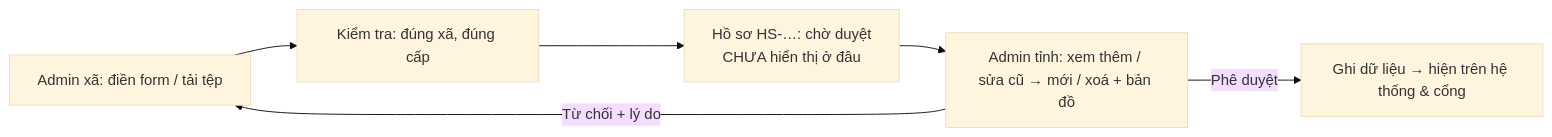
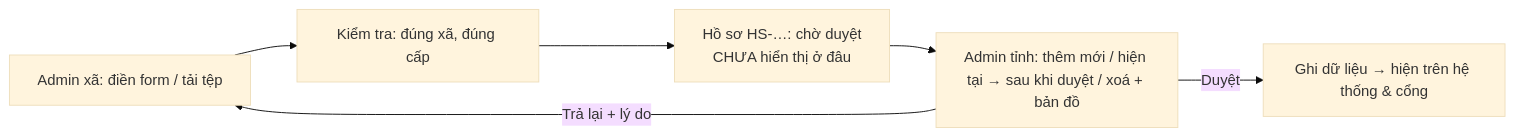
One commit to hoang-hg/caobang-pctt changed the first of 6 diagrams in README.md. Above: the diagram before and after it, drawn with Mermaid (base theme). The commit also changed other lines of this file and 12 other files, not shown here.

````diff
--- a/README.md
+++ b/README.md
@@ -140,6 +147,6 @@
 ```mermaid
 graph LR
     X[Admin xã: điền form / tải tệp] --> K[Kiểm tra: đúng xã, đúng cấp] --> H[Hồ sơ HS-…: chờ duyệt<br/>CHƯA hiển thị ở đâu]
-    H --> T[Admin tỉnh: xem thêm / sửa cũ → mới / xoá + bản đồ] -->|Phê duyệt| G[Ghi dữ liệu → hiện trên hệ thống & cổng]
-    T -->|Từ chối + lý do| X
+    H --> T[Admin tỉnh: thêm mới / hiện tại → sau khi duyệt / xoá + bản đồ] -->|Duyệt| G[Ghi dữ liệu → hiện trên hệ thống & cổng]
+    T -->|Trả lại + lý do| X
 ```
````
